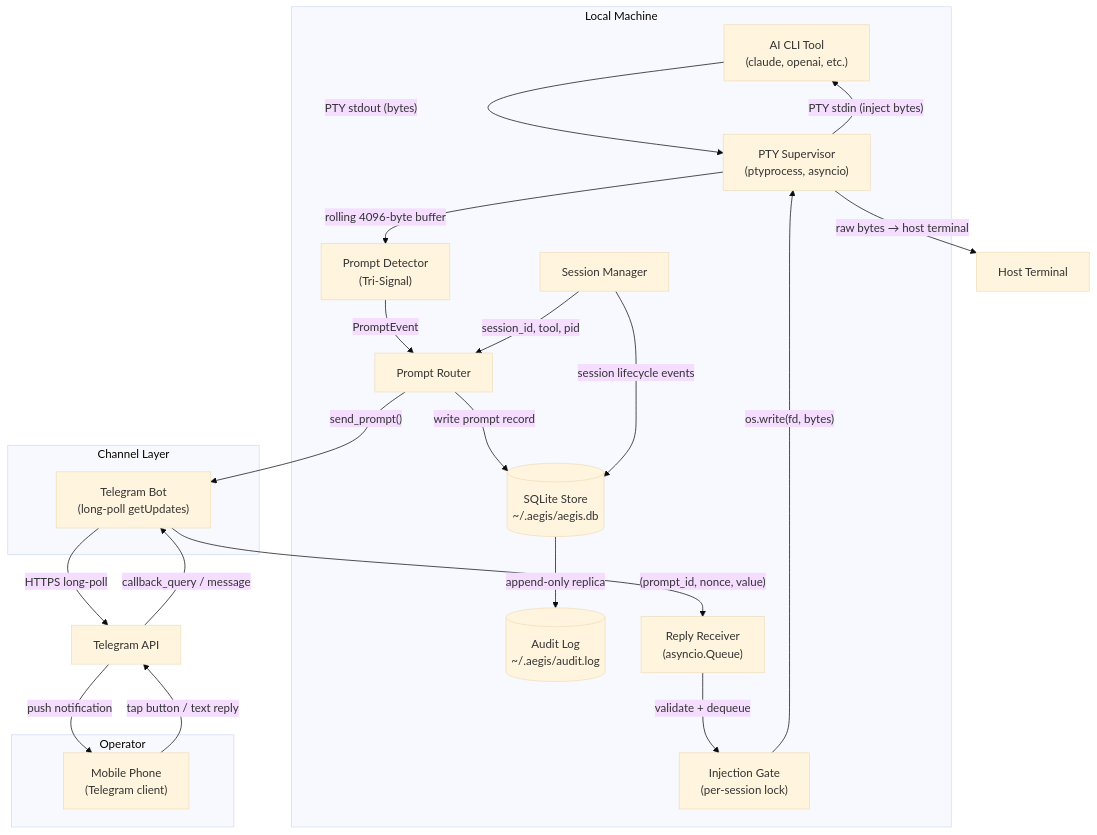
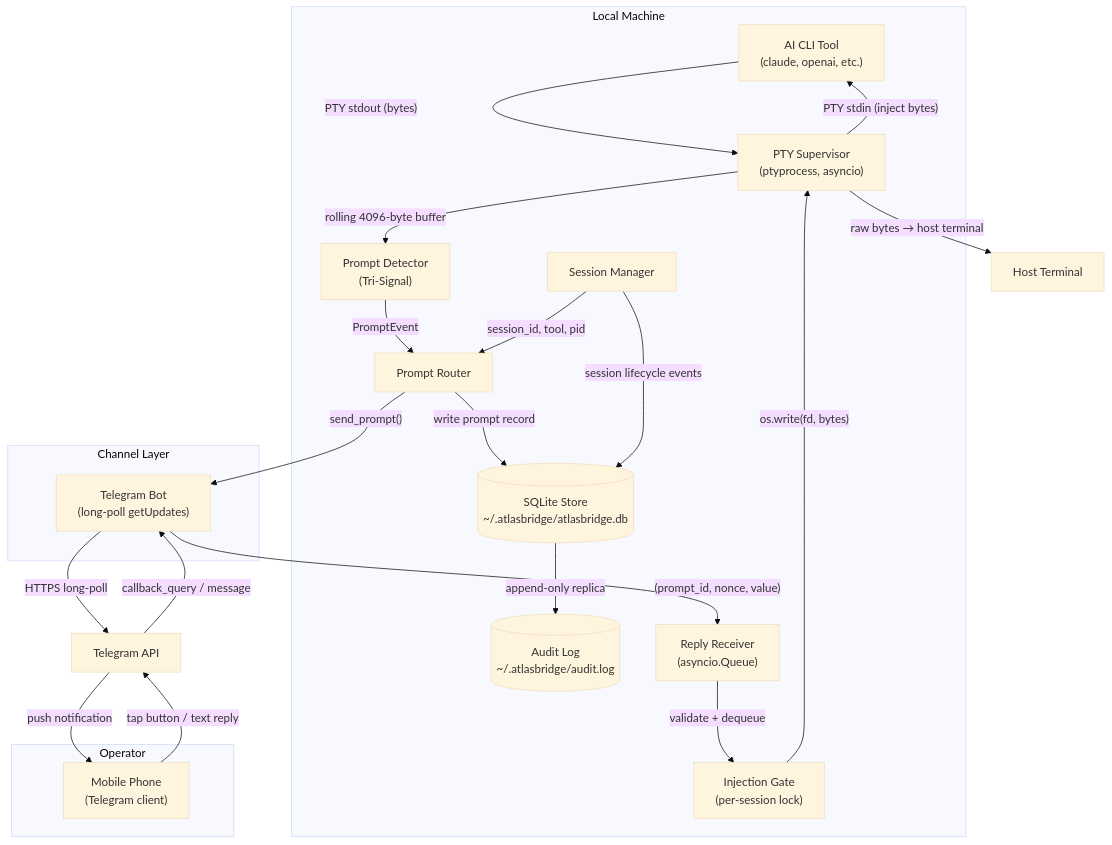
Before and after one commit to abdulraoufatia/aegis-cli: the first of 5 diagrams in docs/architecture.md, drawn with Mermaid (base theme). The commit also changed other lines of this file and 171 other files, not shown here.

````diff
--- a/docs/architecture.md
+++ b/docs/architecture.md
@@ -41,40 +41,40 @@
 ```mermaid
 flowchart TD
     subgraph machine["Local Machine"]
         CLI["AI CLI Tool\n(claude, openai, etc.)"]
         PTY["PTY Supervisor\n(ptyprocess, asyncio)"]
         DET["Prompt Detector\n(Tri-Signal)"]
         ROUTER["Prompt Router"]
         SESSION["Session Manager"]
-        STORE[("SQLite Store\n~/.aegis/aegis.db")]
-        AUDIT[("Audit Log\n~/.aegis/audit.log")]
+        STORE[("SQLite Store\n~/.atlasbridge/atlasbridge.db")]
+        AUDIT[("Audit Log\n~/.atlasbridge/audit.log")]
         GATE["Injection Gate\n(per-session lock)"]
         RECV["Reply Receiver\n(asyncio.Queue)"]
     end
 
     subgraph channel["Channel Layer"]
         BOT["Telegram Bot\n(long-poll getUpdates)"]
     end
 
     subgraph phone["Operator"]
         PHONE["Mobile Phone\n(Telegram client)"]
     end
 
     CLI -->|"PTY stdout (bytes)"| PTY
     PTY -->|"raw bytes → host terminal"| HOST["Host Terminal"]
     PTY -->|"rolling 4096-byte buffer"| DET
     DET -->|"PromptEvent"| ROUTER
     ROUTER -->|"write prompt record"| STORE
     ROUTER -->|"send_prompt()"| BOT
     BOT -->|"HTTPS long-poll"| TGAPI["Telegram API"]
     TGAPI -->|"push notification"| PHONE
     PHONE -->|"tap button / text reply"| TGAPI
     TGAPI -->|"callback_query / message"| BOT
     BOT -->|"(prompt_id, nonce, value)"| RECV
     RECV -->|"validate + dequeue"| GATE
     GATE -->|"os.write(fd, bytes)"| PTY
     PTY -->|"PTY stdin (inject bytes)"| CLI
     SESSION -->|"session_id, tool, pid"| ROUTER
     SESSION -->|"session lifecycle events"| STORE
     STORE -->|"append-only replica"| AUDIT
 ```
````
